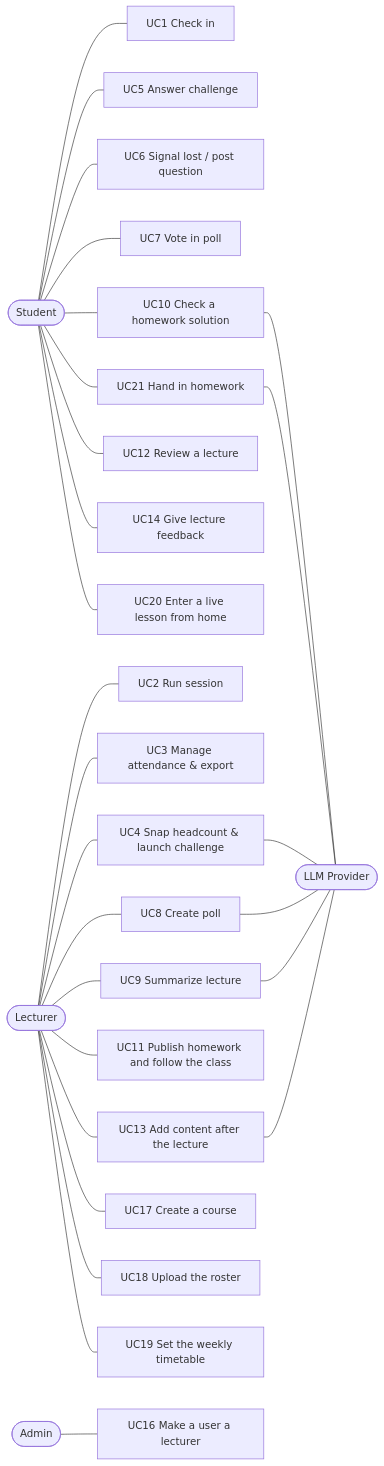
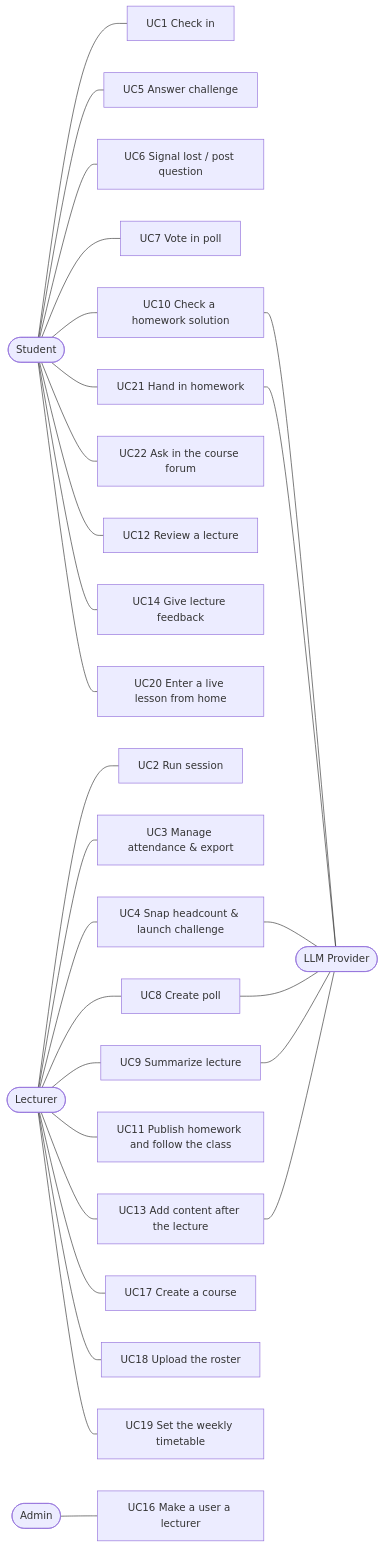
Before and after one commit to GiladApel/classpulse: the diagram in docs/04-use-cases.md, drawn with Mermaid. The commit also changed other lines of this file, not shown here.

Commit message:
docs(usecases): UC22 ask in the course forum; UC6 points there after the lesson

````diff
--- a/docs/04-use-cases.md
+++ b/docs/04-use-cases.md
@@ -5,29 +5,30 @@
 ```mermaid
 flowchart LR
   S([Student]) --- UC1[UC1 Check in]
   S --- UC5[UC5 Answer challenge]
   S --- UC6[UC6 Signal lost / post question]
   S --- UC7[UC7 Vote in poll]
   S --- UC10[UC10 Check a homework solution]
   S --- UC21[UC21 Hand in homework]
+  S --- UC22[UC22 Ask in the course forum]
   S --- UC12[UC12 Review a lecture]
   S --- UC14[UC14 Give lecture feedback]
   S --- UC20[UC20 Enter a live lesson from home]
   L([Lecturer]) --- UC2[UC2 Run session]
   L --- UC3[UC3 Manage attendance & export]
   L --- UC4[UC4 Snap headcount & launch challenge]
   L --- UC8[UC8 Create poll]
   L --- UC9[UC9 Summarize lecture]
   L --- UC11[UC11 Publish homework and follow the class]
   L --- UC13[UC13 Add content after the lecture]
   L --- UC17[UC17 Create a course]
   L --- UC18[UC18 Upload the roster]
   L --- UC19[UC19 Set the weekly timetable]
   A([Admin]) --- UC16[UC16 Make a user a lecturer]
   UC13 --- AI
   UC4 --- AI([LLM Provider])
   UC8 --- AI
   UC9 --- AI
   UC10 --- AI
   UC21 --- AI
 ```
````
